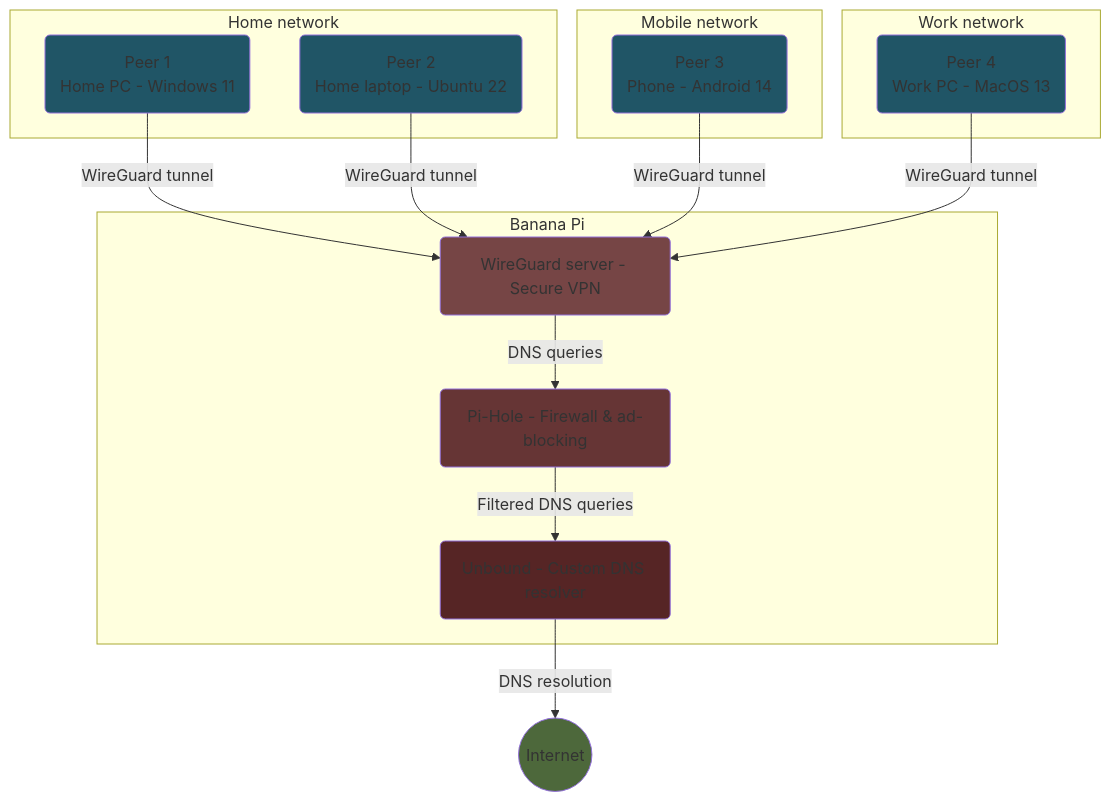
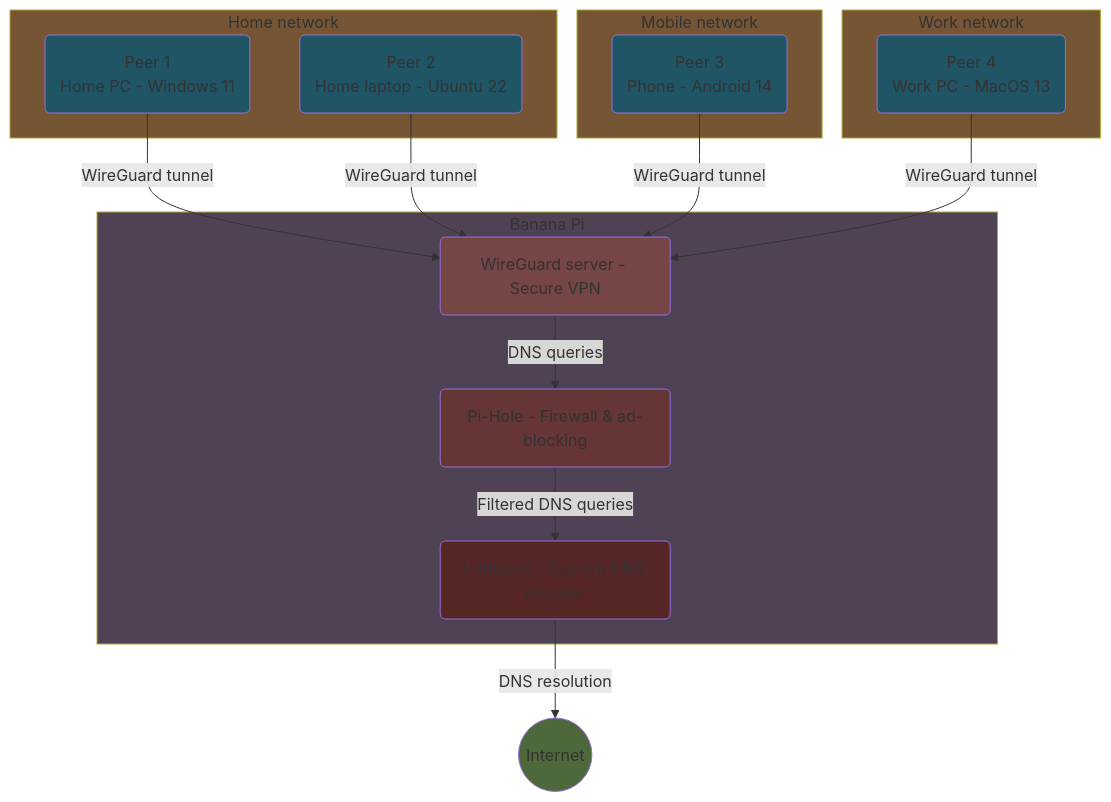
The sixth of 12 diagrams in README.md (Yann39/self-hosted), drawn with Mermaid before and after one commit. The commit also changed other lines of this file and 3 other files, not shown here.

````diff
--- a/README.md
+++ b/README.md
@@ -1100,52 +1253,50 @@
 ```mermaid
 flowchart TB
     style WINDOWS11 fill: #205566
     style LAPTOP fill: #205566
     style MOBILE fill: #205566
     style MACOS fill: #205566
     style WIREGUARD_SERVER fill: #764545
     style PIHOLE fill: #663535
     style UNBOUND fill: #562525
     style INTERNET fill: #4d683b
-
+    style HOME_NETWORK fill: #765535
+    style 5G_NETWORK fill: #765535
+    style WORK_NETWORK fill: #765535
+    style BANANA_PI fill: #504255
     WINDOWS11(Peer 1 \n Home PC - Windows 11)
     LAPTOP(Peer 2 \n Home laptop - Ubuntu 22)
     MOBILE(Peer 3 \n Phone - Android 14)
     MACOS(Peer 4 \n Work PC - MacOS 13)
-
     WIREGUARD_SERVER(WireGuard server - Secure VPN)
     PIHOLE(Pi-Hole - Firewall & ad-blocking)
     UNBOUND(Unbound - Custom DNS resolver)
-
     INTERNET((Internet))
 
     subgraph HOME_NETWORK[Home network]
         WINDOWS11
         LAPTOP
     end
 
     subgraph 5G_NETWORK[Mobile network]
         MOBILE
     end
 
     subgraph WORK_NETWORK[Work network]
         MACOS
     end
 
     subgraph BANANA_PI[Banana Pi]
         WIREGUARD_SERVER
         PIHOLE
         UNBOUND
     end
 
     WINDOWS11 -- WireGuard tunnel --> WIREGUARD_SERVER
     LAPTOP -- WireGuard tunnel --> WIREGUARD_SERVER
     MOBILE -- WireGuard tunnel --> WIREGUARD_SERVER
     MACOS -- WireGuard tunnel --> WIREGUARD_SERVER
-
     WIREGUARD_SERVER -- DNS queries --> PIHOLE
-
     PIHOLE -- Filtered DNS queries --> UNBOUND
-
     UNBOUND -- DNS resolution --> INTERNET
 ```
````
